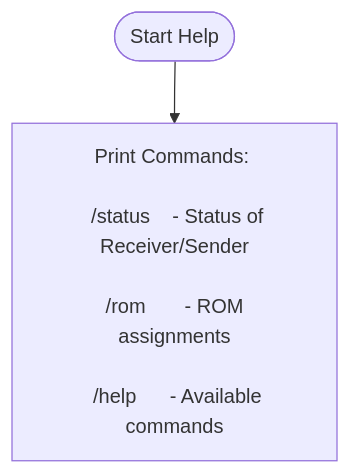
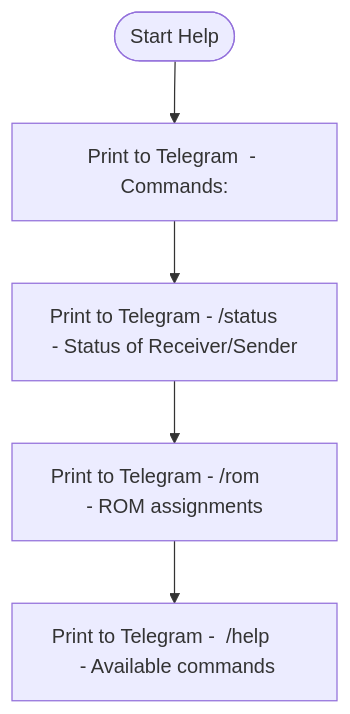
Before and after one commit to GilboaCode/Gilboa_Water_Temp: the diagram in Documentation/FlowChart/Mermaid/Receiver/Help.mmd, drawn with Mermaid.

Commit message:
Update help flowchart to print commands to Telegram

```diff
--- a/Documentation/FlowChart/Mermaid/Receiver/Help.mmd
+++ b/Documentation/FlowChart/Mermaid/Receiver/Help.mmd
@@ -1,6 +1,6 @@
 flowchart TD
     A([Start Help])
-    A --> B[Print Commands: <br>
-  /status    - Status of Receiver/Sender<br>
- /rom       - ROM assignments<br>
-  /help      - Available commands]
+    A --> B[Print to Telegram  - Commands: ]
+ B--> C[Print to Telegram - /status    - Status of Receiver/Sender]
+ C --> D[Print to Telegram - /rom       - ROM assignments]
+ D --> E[Print to Telegram -  /help      - Available commands]
```
